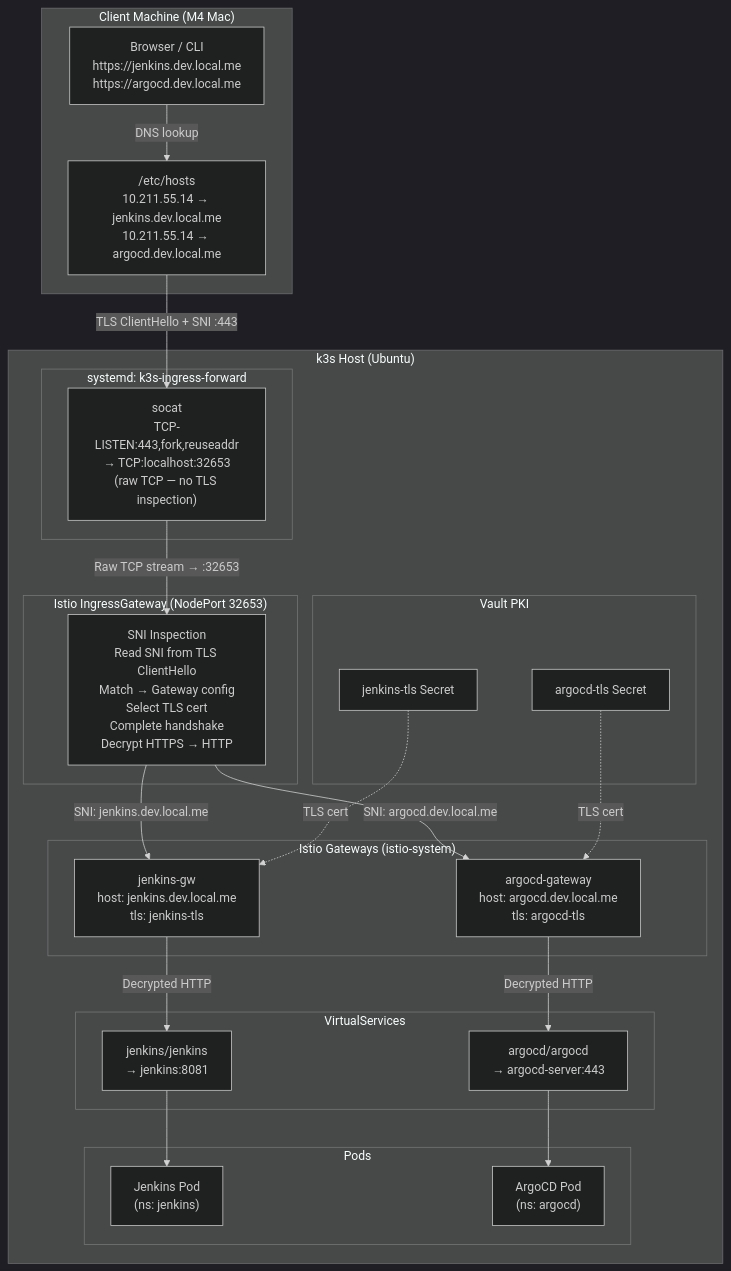
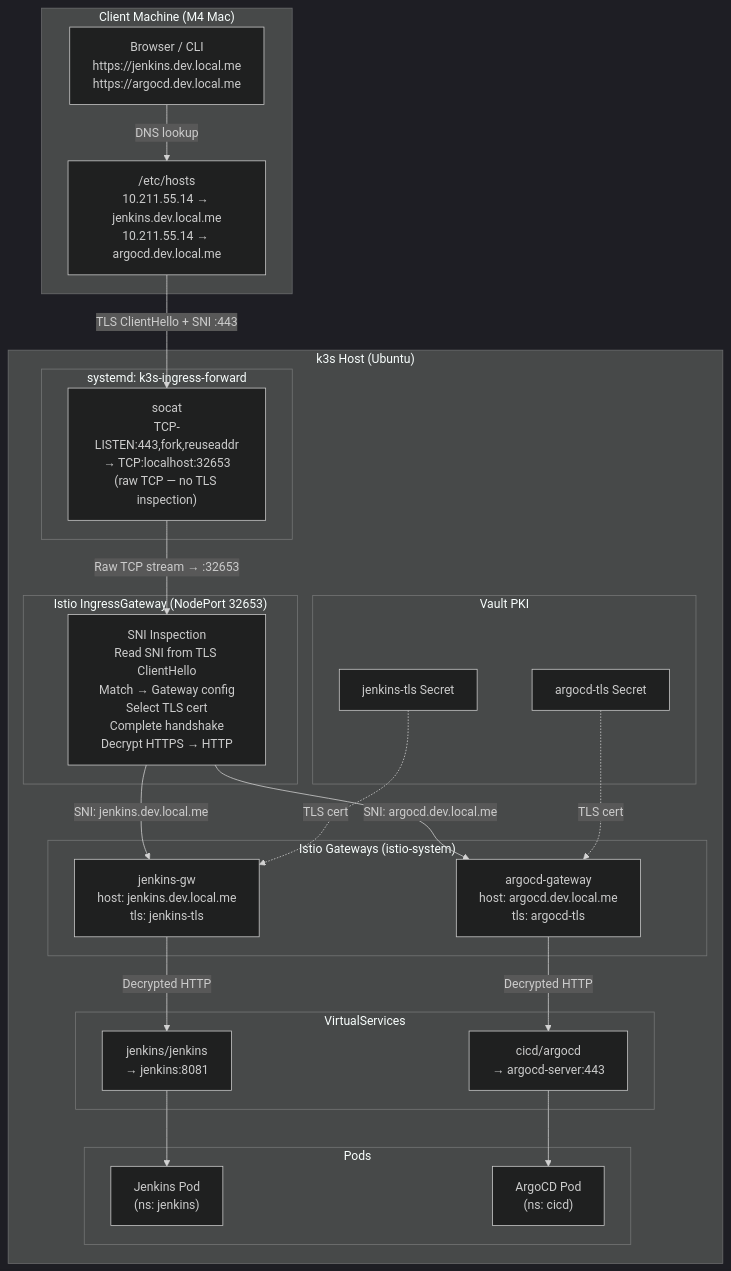
One commit to wilddog64/k3d-manager changed the diagram in docs/architecture/ingress-port-forwarding.md. Above: the diagram before and after it, drawn with Mermaid (dark theme). The commit also changed other lines of this file and 372 other files, not shown here.

````diff
--- a/docs/architecture/ingress-port-forwarding.md
+++ b/docs/architecture/ingress-port-forwarding.md
@@ -22,53 +29,53 @@
 ```mermaid
 flowchart TD
     subgraph client["Client Machine (M4 Mac)"]
         browser["Browser / CLI\nhttps://jenkins.dev.local.me\nhttps://argocd.dev.local.me"]
         hosts["/etc/hosts\n10.211.55.14 → jenkins.dev.local.me\n10.211.55.14 → argocd.dev.local.me"]
     end
 
     subgraph k3s_host["k3s Host (Ubuntu)"]
         subgraph socat_svc["systemd: k3s-ingress-forward"]
             socat["socat\nTCP-LISTEN:443,fork,reuseaddr\n→ TCP:localhost:32653\n(raw TCP — no TLS inspection)"]
         end
 
         subgraph istio["Istio IngressGateway (NodePort 32653)"]
             sni["SNI Inspection\nRead SNI from TLS ClientHello\nMatch → Gateway config\nSelect TLS cert\nComplete handshake\nDecrypt HTTPS → HTTP"]
         end
 
         subgraph gateways["Istio Gateways (istio-system)"]
             gw_jenkins["jenkins-gw\nhost: jenkins.dev.local.me\ntls: jenkins-tls"]
             gw_argocd["argocd-gateway\nhost: argocd.dev.local.me\ntls: argocd-tls"]
         end
 
         subgraph virtualservices["VirtualServices"]
             vs_jenkins["jenkins/jenkins\n→ jenkins:8081"]
-            vs_argocd["argocd/argocd\n→ argocd-server:443"]
+            vs_argocd["cicd/argocd\n→ argocd-server:443"]
         end
 
         subgraph pods["Pods"]
             pod_jenkins["Jenkins Pod\n(ns: jenkins)"]
-            pod_argocd["ArgoCD Pod\n(ns: argocd)"]
+            pod_argocd["ArgoCD Pod\n(ns: cicd)"]
         end
 
         subgraph vault["Vault PKI"]
             cert_j["jenkins-tls Secret"]
             cert_a["argocd-tls Secret"]
         end
     end
 
     browser -->|"DNS lookup"| hosts
     hosts -->|"TLS ClientHello + SNI :443"| socat
     socat -->|"Raw TCP stream → :32653"| sni
 
     sni -->|"SNI: jenkins.dev.local.me"| gw_jenkins
     sni -->|"SNI: argocd.dev.local.me"| gw_argocd
 
     cert_j -.->|"TLS cert"| gw_jenkins
     cert_a -.->|"TLS cert"| gw_argocd
 
     gw_jenkins -->|"Decrypted HTTP"| vs_jenkins
     gw_argocd -->|"Decrypted HTTP"| vs_argocd
 
     vs_jenkins --> pod_jenkins
     vs_argocd --> pod_argocd
 ```
````
